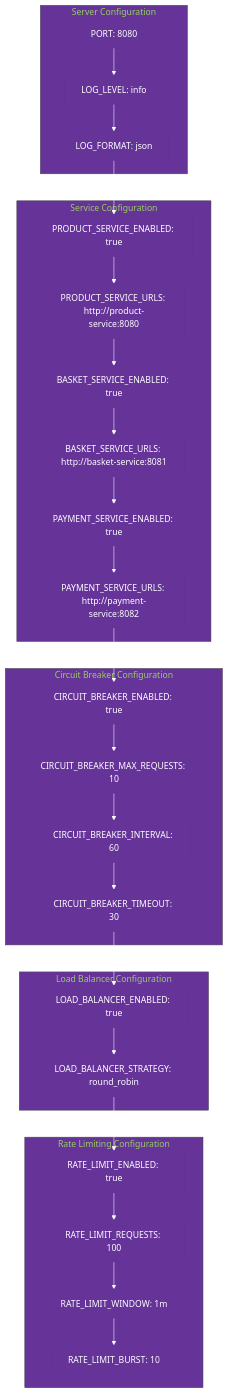
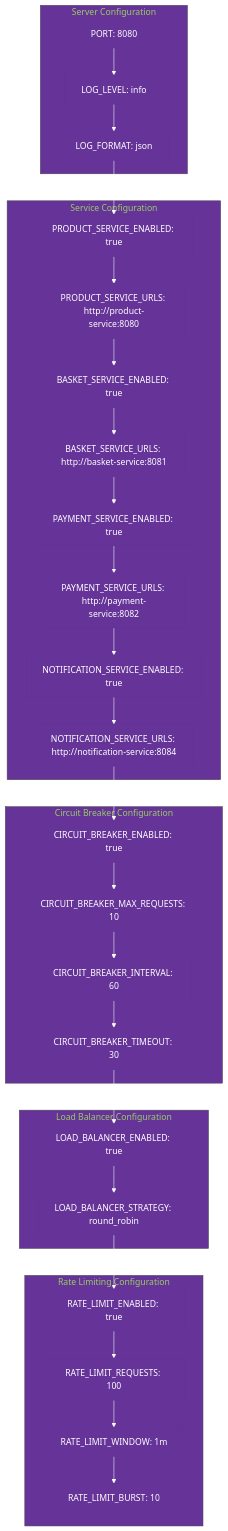
One commit to ozturkeniss/obs-tools-usage changed the fifth of 41 diagrams in README.md. Above: the diagram before and after it, drawn with Mermaid. The commit also changed other lines of this file, not shown here.

First line of the commit message:
Add Notification Service documentation and architecture updates

````diff
--- a/README.md
+++ b/README.md
@@ -186,56 +192,60 @@
 ```mermaid
 %%{init: {'theme':'base', 'themeVariables': { 'primaryColor': '#663399', 'primaryTextColor': '#ffffff', 'primaryBorderColor': '#663399', 'lineColor': '#ffffff', 'secondaryColor': '#663399', 'tertiaryColor': '#663399'}}}%%
 graph TB
     subgraph "Server Configuration"
         PORT[PORT: 8080]
         LOG_LEVEL[LOG_LEVEL: info]
         LOG_FORMAT[LOG_FORMAT: json]
     end
     
     subgraph "Service Configuration"
         PRODUCT_ENABLED[PRODUCT_SERVICE_ENABLED: true]
         PRODUCT_URLS[PRODUCT_SERVICE_URLS: http://product-service:8080]
         BASKET_ENABLED[BASKET_SERVICE_ENABLED: true]
         BASKET_URLS[BASKET_SERVICE_URLS: http://basket-service:8081]
         PAYMENT_ENABLED[PAYMENT_SERVICE_ENABLED: true]
         PAYMENT_URLS[PAYMENT_SERVICE_URLS: http://payment-service:8082]
+        NOTIFICATION_ENABLED[NOTIFICATION_SERVICE_ENABLED: true]
+        NOTIFICATION_URLS[NOTIFICATION_SERVICE_URLS: http://notification-service:8084]
     end
     
     subgraph "Circuit Breaker Configuration"
         CB_ENABLED[CIRCUIT_BREAKER_ENABLED: true]
         CB_MAX_REQUESTS[CIRCUIT_BREAKER_MAX_REQUESTS: 10]
         CB_INTERVAL[CIRCUIT_BREAKER_INTERVAL: 60]
         CB_TIMEOUT[CIRCUIT_BREAKER_TIMEOUT: 30]
     end
     
     subgraph "Load Balancer Configuration"
         LB_ENABLED[LOAD_BALANCER_ENABLED: true]
         LB_STRATEGY[LOAD_BALANCER_STRATEGY: round_robin]
     end
     
     subgraph "Rate Limiting Configuration"
         RL_ENABLED[RATE_LIMIT_ENABLED: true]
         RL_REQUESTS[RATE_LIMIT_REQUESTS: 100]
         RL_WINDOW[RATE_LIMIT_WINDOW: 1m]
         RL_BURST[RATE_LIMIT_BURST: 10]
     end
     
     PORT --> LOG_LEVEL
     LOG_LEVEL --> LOG_FORMAT
     LOG_FORMAT --> PRODUCT_ENABLED
     PRODUCT_ENABLED --> PRODUCT_URLS
     PRODUCT_URLS --> BASKET_ENABLED
     BASKET_ENABLED --> BASKET_URLS
     BASKET_URLS --> PAYMENT_ENABLED
     PAYMENT_ENABLED --> PAYMENT_URLS
-    PAYMENT_URLS --> CB_ENABLED
+    PAYMENT_URLS --> NOTIFICATION_ENABLED
+    NOTIFICATION_ENABLED --> NOTIFICATION_URLS
+    NOTIFICATION_URLS --> CB_ENABLED
     CB_ENABLED --> CB_MAX_REQUESTS
     CB_MAX_REQUESTS --> CB_INTERVAL
     CB_INTERVAL --> CB_TIMEOUT
     CB_TIMEOUT --> LB_ENABLED
     LB_ENABLED --> LB_STRATEGY
     LB_STRATEGY --> RL_ENABLED
     RL_ENABLED --> RL_REQUESTS
     RL_REQUESTS --> RL_WINDOW
     RL_WINDOW --> RL_BURST
 ```
````
